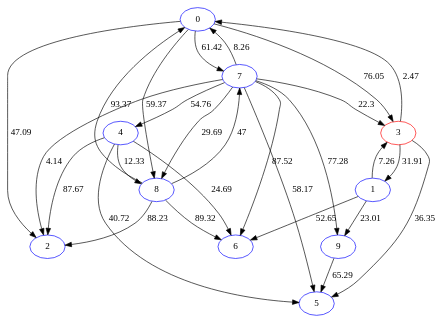
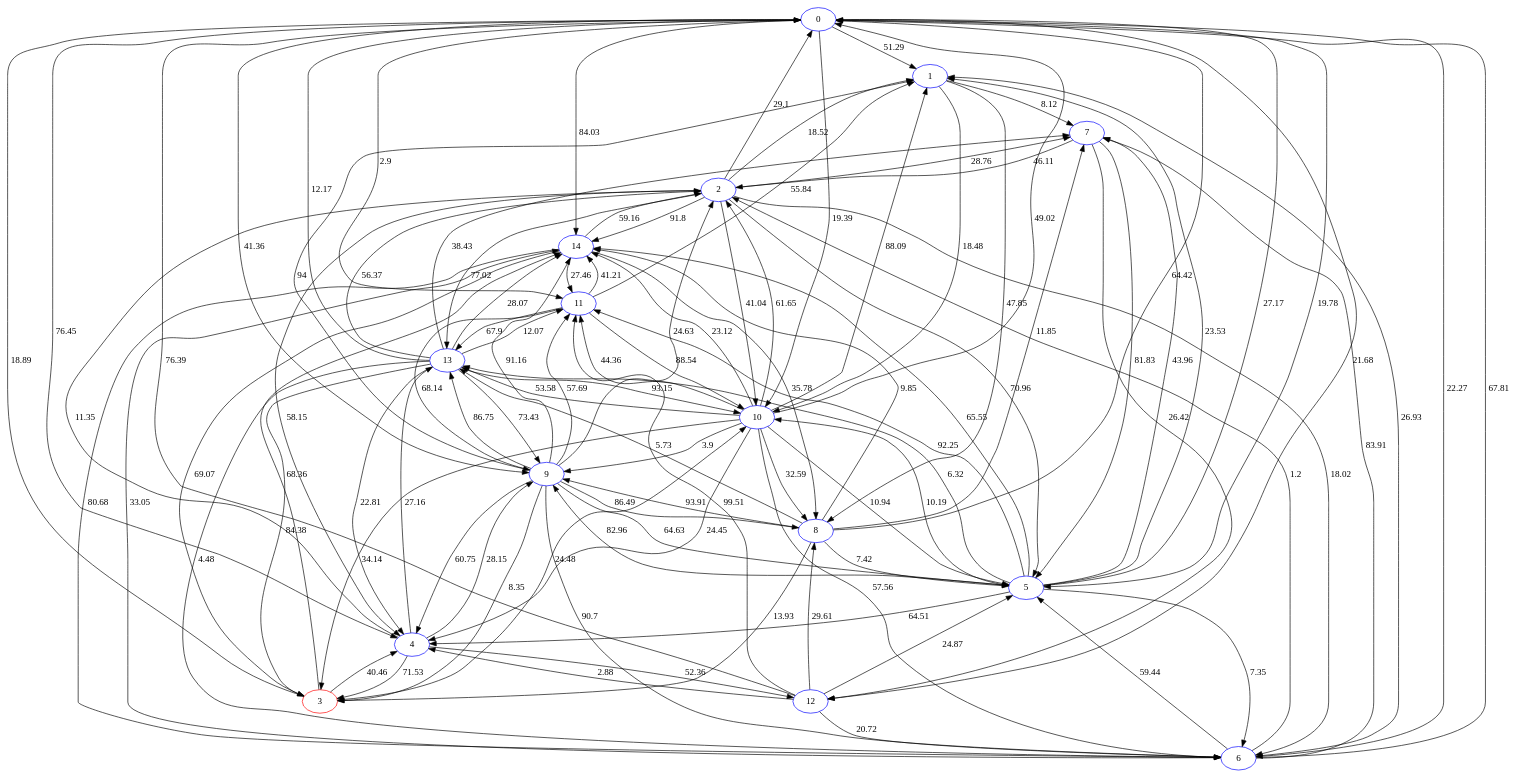
One commit to Erdahil/AiSD2-projekt changed the diagram in Projekt/rysunek.dot. Above: the diagram before and after it, drawn with Graphviz. The commit also changed 2 other files, not shown here.

```diff
--- a/Projekt/rysunek.dot
+++ b/Projekt/rysunek.dot
@@ -1,39 +1,121 @@
 digraph G {
-    0 [pos="99.63,-14.82!", label="0", color="blue"];
-    1 [pos="-3.22,-40.99!", label="1", color="blue"];
-    2 [pos="-32.52,-93.66!", label="2", color="blue"];
-    3 [pos="-31.41,15.63!", label="3", color="red"];
-    4 [pos="53.96,28.23!", label="4", color="blue"];
-    5 [pos="84.56,56.77!", label="5", color="blue"];
-    6 [pos="-27.65,-74.77!", label="6", color="blue"];
-    7 [pos="-23.47,-42.06!", label="7", color="blue"];
-    8 [pos="-23.73,-57.08!", label="8", color="blue"];
-    9 [pos="90.87,-15.92!", label="9", color="blue"];
-    0 -> 2 [label="47.09"];
-    0 -> 3 [label="76.05"];
-    0 -> 7 [label="61.42"];
-    0 -> 8 [label="59.37"];
-    1 -> 9 [label="23.01"];
-    1 -> 3 [label="7.26"];
-    1 -> 6 [label="52.65"];
-    3 -> 5 [label="36.35"];
-    3 -> 0 [label="2.47"];
-    3 -> 1 [label="31.91"];
-    4 -> 6 [label="24.69"];
-    4 -> 8 [label="12.33"];
-    4 -> 5 [label="40.72"];
-    4 -> 2 [label="87.67"];
-    7 -> 6 [label="87.52"];
-    7 -> 3 [label="22.3"];
-    7 -> 2 [label="4.14"];
-    7 -> 5 [label="58.17"];
-    7 -> 0 [label="8.26"];
-    7 -> 4 [label="54.76"];
-    7 -> 8 [label="29.69"];
-    7 -> 9 [label="77.28"];
-    8 -> 2 [label="88.23"];
-    8 -> 6 [label="89.32"];
-    8 -> 7 [label="47"];
-    8 -> 0 [label="93.37"];
-    9 -> 5 [label="65.29"];
+    0 [pos="-90.7,15.5!", label="0", color="blue"];
+    1 [pos="-9.43,79.86!", label="1", color="blue"];
+    2 [pos="24.38,-67.02!", label="2", color="blue"];
+    3 [pos="6.4,-1.74!", label="3", color="red"];
+    4 [pos="-96.05,-19.97!", label="4", color="blue"];
+    5 [pos="-25.57,-12.85!", label="5", color="blue"];
+    6 [pos="-32.57,-49.64!", label="6", color="blue"];
+    7 [pos="-70.67,-39.39!", label="7", color="blue"];
+    8 [pos="-68.71,86.7!", label="8", color="blue"];
+    9 [pos="-60.76,-51.06!", label="9", color="blue"];
+    10 [pos="-23.22,48.03!", label="10", color="blue"];
+    11 [pos="-0.12,83.19!", label="11", color="blue"];
+    12 [pos="18.13,-54.08!", label="12", color="blue"];
+    13 [pos="-65.21,15.82!", label="13", color="blue"];
+    14 [pos="66.74,8.1!", label="14", color="blue"];
+    0 -> 5 [label="19.78"];
+    0 -> 14 [label="84.03"];
+    0 -> 6 [label="22.27"];
+    0 -> 11 [label="2.9"];
+    0 -> 10 [label="19.39"];
+    0 -> 1 [label="51.29"];
+    0 -> 4 [label="76.45"];
+    0 -> 12 [label="21.68"];
+    0 -> 9 [label="41.36"];
+    1 -> 10 [label="18.48"];
+    1 -> 8 [label="47.85"];
+    1 -> 7 [label="8.12"];
+    2 -> 5 [label="70.96"];
+    2 -> 7 [label="28.76"];
+    2 -> 6 [label="18.02"];
+    2 -> 1 [label="18.52"];
+    2 -> 4 [label="58.15"];
+    2 -> 13 [label="77.02"];
+    2 -> 10 [label="41.04"];
+    2 -> 14 [label="91.8"];
+    2 -> 0 [label="29.1"];
+    3 -> 4 [label="40.46"];
+    3 -> 0 [label="18.89"];
+    3 -> 14 [label="68.36"];
+    3 -> 10 [label="24.48"];
+    4 -> 12 [label="52.36"];
+    4 -> 13 [label="27.16"];
+    4 -> 2 [label="11.35"];
+    4 -> 3 [label="71.53"];
+    4 -> 9 [label="28.15"];
+    5 -> 11 [label="92.25"];
+    5 -> 6 [label="7.35"];
+    5 -> 10 [label="10.19"];
+    5 -> 9 [label="82.96"];
+    5 -> 1 [label="23.53"];
+    5 -> 0 [label="27.17"];
+    5 -> 13 [label="6.32"];
+    5 -> 14 [label="65.55"];
+    5 -> 7 [label="43.96"];
+    5 -> 4 [label="64.51"];
+    6 -> 14 [label="33.05"];
+    6 -> 0 [label="67.81"];
+    6 -> 1 [label="26.93"];
+    6 -> 5 [label="59.44"];
+    6 -> 2 [label="1.2"];
+    6 -> 7 [label="83.91"];
+    7 -> 12 [label="26.42"];
+    7 -> 5 [label="81.83"];
+    7 -> 2 [label="46.11"];
+    8 -> 3 [label="13.93"];
+    8 -> 7 [label="11.85"];
+    8 -> 14 [label="9.85"];
+    8 -> 9 [label="93.91"];
+    8 -> 5 [label="7.42"];
+    8 -> 13 [label="5.73"];
+    8 -> 0 [label="64.42"];
+    9 -> 3 [label="8.35"];
+    9 -> 4 [label="60.75"];
+    9 -> 14 [label="91.16"];
+    9 -> 1 [label="94"];
+    9 -> 6 [label="90.7"];
+    9 -> 11 [label="57.69"];
+    9 -> 2 [label="24.63"];
+    9 -> 8 [label="86.49"];
+    9 -> 5 [label="64.63"];
+    9 -> 13 [label="86.75"];
+    10 -> 4 [label="24.45"];
+    10 -> 6 [label="57.56"];
+    10 -> 8 [label="32.59"];
+    10 -> 13 [label="53.58"];
+    10 -> 0 [label="49.02"];
+    10 -> 1 [label="88.09"];
+    10 -> 2 [label="61.65"];
+    10 -> 3 [label="34.14"];
+    10 -> 9 [label="3.9"];
+    10 -> 11 [label="44.36"];
+    10 -> 5 [label="10.94"];
+    10 -> 14 [label="23.12"];
+    11 -> 1 [label="55.84"];
+    11 -> 13 [label="67.9"];
+    11 -> 14 [label="41.21"];
+    11 -> 9 [label="68.14"];
+    11 -> 10 [label="88.54"];
+    12 -> 5 [label="24.87"];
+    12 -> 8 [label="29.61"];
+    12 -> 6 [label="20.72"];
+    12 -> 4 [label="2.88"];
+    12 -> 11 [label="99.51"];
+    12 -> 0 [label="76.39"];
+    13 -> 10 [label="93.15"];
+    13 -> 0 [label="12.17"];
+    13 -> 9 [label="73.43"];
+    13 -> 7 [label="38.43"];
+    13 -> 2 [label="56.37"];
+    13 -> 3 [label="84.38"];
+    13 -> 14 [label="28.07"];
+    13 -> 11 [label="12.07"];
+    13 -> 4 [label="22.81"];
+    13 -> 6 [label="4.48"];
+    14 -> 3 [label="69.07"];
+    14 -> 11 [label="27.46"];
+    14 -> 2 [label="59.16"];
+    14 -> 8 [label="35.78"];
+    14 -> 6 [label="80.68"];
 }
```
